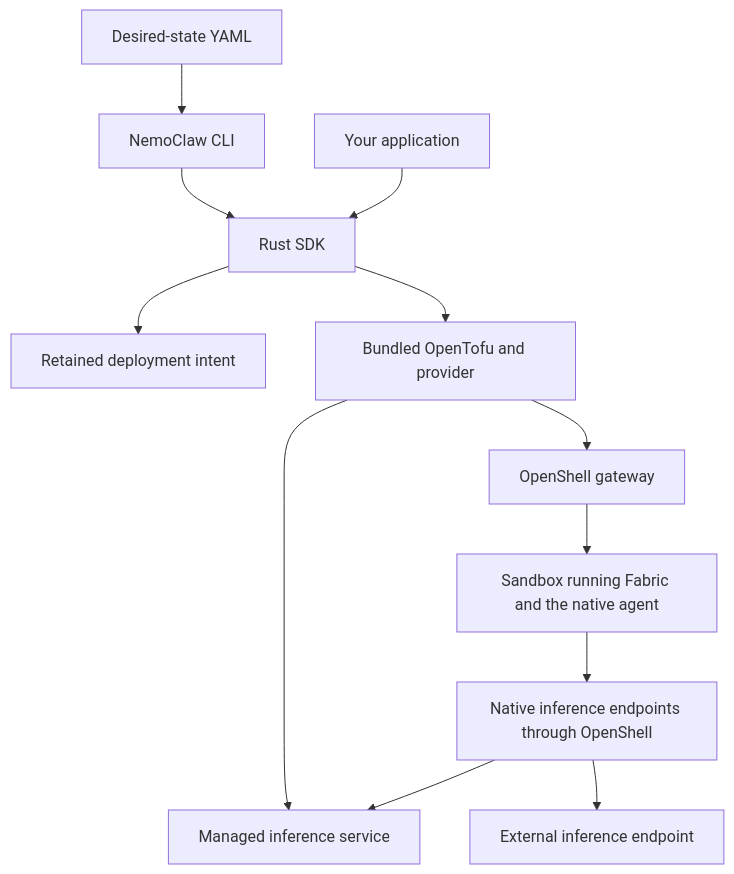
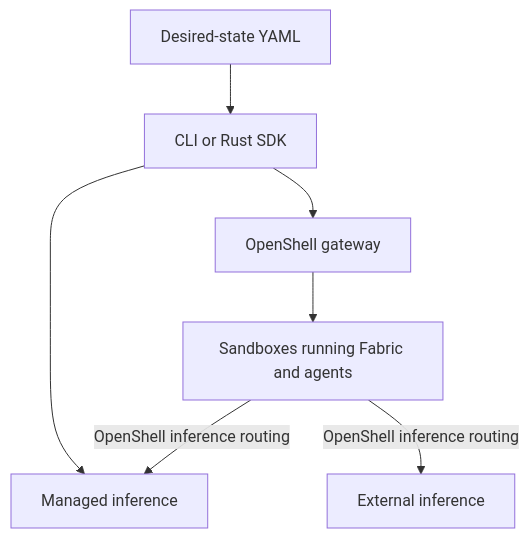
One commit to NVIDIA/NemoClaw changed the diagram in docs/overview.md. Above: the diagram before and after it, drawn with Mermaid. The commit also changed other lines of this file and 4 other files, not shown here.

````diff
--- a/docs/overview.md
+++ b/docs/overview.md
@@ -29,14 +31,9 @@
 ```mermaid
 flowchart TD
-    YAML[Desired-state YAML] --> CLI[NemoClaw CLI]
-    CLI --> SDK[Rust SDK]
-    App[Your application] --> SDK
-    SDK --> State[Retained deployment intent]
-    SDK --> Tofu[Bundled OpenTofu and provider]
-    Tofu --> Gateway[OpenShell gateway]
-    Tofu --> Service[Managed inference service]
-    Gateway --> Sandbox[Sandbox running Fabric and the native agent]
-    Sandbox --> Route[Native inference endpoints through OpenShell]
-    Route --> Service
-    Route --> External[External inference endpoint]
+    Config[Desired-state YAML] --> Client[CLI or Rust SDK]
+    Client --> Gateway[OpenShell gateway]
+    Client --> Managed[Managed inference]
+    Gateway --> Sandbox[Sandboxes running Fabric and agents]
+    Sandbox -->|OpenShell inference routing| Managed
+    Sandbox -->|OpenShell inference routing| External[External inference]
 ```
````
